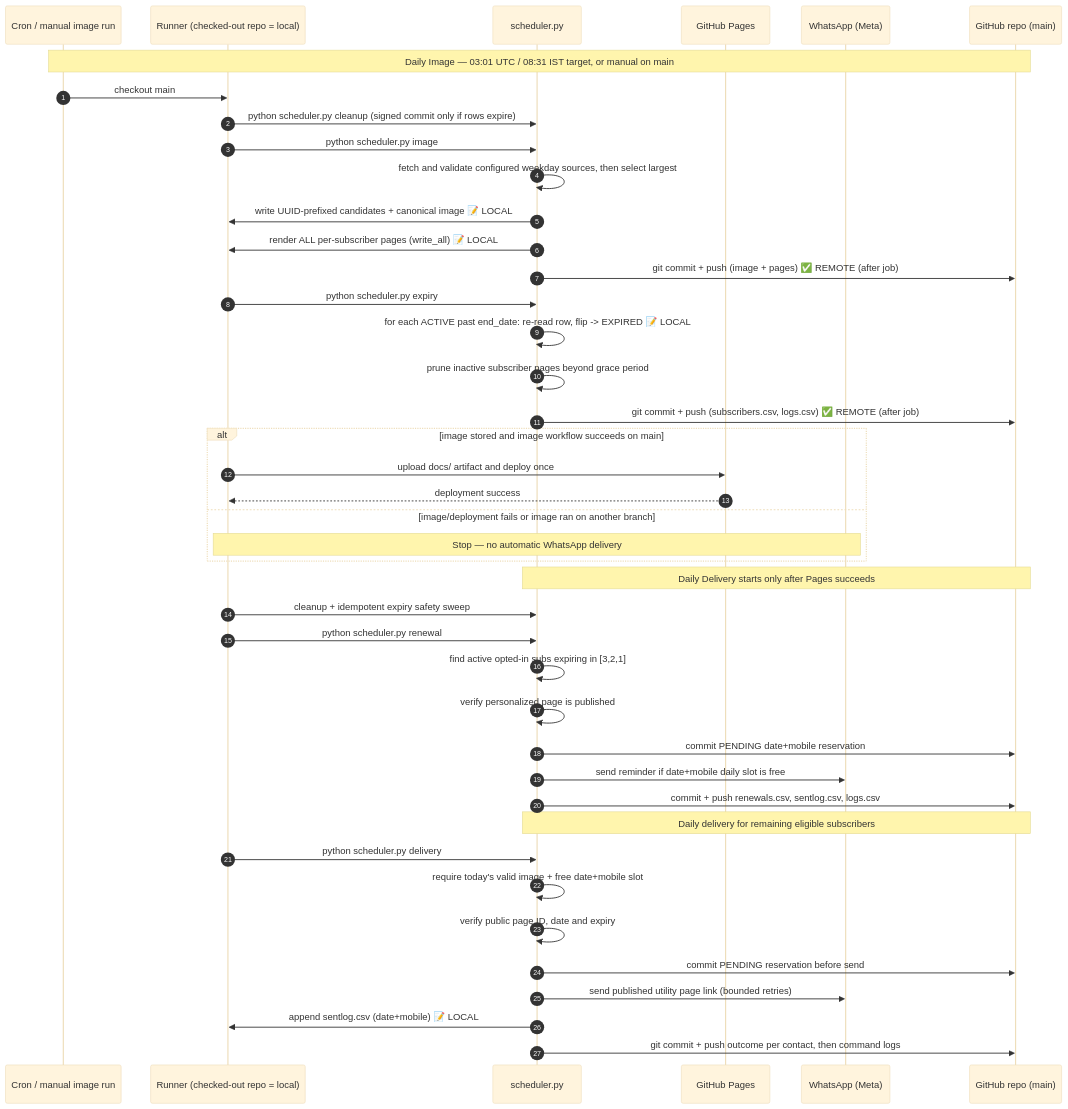
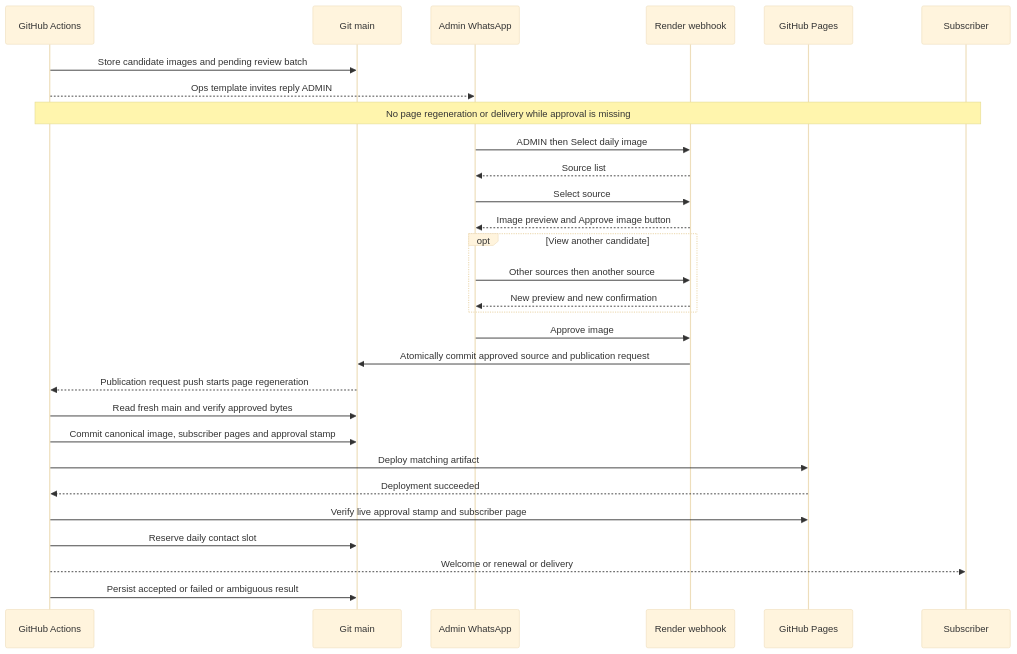
One commit to mishnit/daily-darshan changed the second of 12 diagrams in sequence-diagrams.md. Above: the diagram before and after it, drawn with Mermaid (base theme). The commit also changed other lines of this file and 27 other files, not shown here.

````diff
--- a/sequence-diagrams.md
+++ b/sequence-diagrams.md
@@ -88,48 +88,31 @@
 ```mermaid
 sequenceDiagram
-    autonumber
-    participant Trigger as Cron / manual image run
-    participant Runner as Runner (checked-out repo = local)
-    participant Sched as scheduler.py
+    participant Runner as GitHub Actions
+    participant Repo as Git main
+    participant Admin as Admin WhatsApp
+    participant Web as Render webhook
     participant Pages as GitHub Pages
-    participant WA as WhatsApp (Meta)
-    participant Repo as GitHub repo (main)
-
-    Note over Trigger,Repo: Daily Image — 03:01 UTC / 08:31 IST target, or manual on main
-    Trigger->>Runner: checkout main
-    Runner->>Sched: python scheduler.py cleanup (signed commit only if rows expire)
-    Runner->>Sched: python scheduler.py image
-    Sched->>Sched: fetch and validate configured weekday sources, then select largest
-    Sched->>Runner: write UUID-prefixed candidates + canonical image  📝 LOCAL
-    Sched->>Runner: render ALL per-subscriber pages (write_all)  📝 LOCAL
-    Sched->>Repo: git commit + push (image + pages)  ✅ REMOTE (after job)
-    Runner->>Sched: python scheduler.py expiry
-    Sched->>Sched: for each ACTIVE past end_date: re-read row, flip -> EXPIRED  📝 LOCAL
-    Sched->>Sched: prune inactive subscriber pages beyond grace period
-    Sched->>Repo: git commit + push (subscribers.csv, logs.csv)  ✅ REMOTE (after job)
-
-    alt image stored and image workflow succeeds on main
-        Runner->>Pages: upload docs/ artifact and deploy once
-        Pages-->>Runner: deployment success
-    else image/deployment fails or image ran on another branch
-        Note over Runner,WA: Stop — no automatic WhatsApp delivery
+    participant User as Subscriber
+    Runner->>Repo: Store candidate images and pending review batch
+    Runner-->>Admin: Ops template invites reply ADMIN
+    Note over Runner,User: No page regeneration or delivery while approval is missing
+    Admin->>Web: ADMIN then Select daily image
+    Web-->>Admin: Source list
+    Admin->>Web: Select source
+    Web-->>Admin: Image preview and Approve image button
+    opt View another candidate
+        Admin->>Web: Other sources then another source
+        Web-->>Admin: New preview and new confirmation
     end
-
-    Note over Sched,Repo: Daily Delivery starts only after Pages succeeds
-    Runner->>Sched: cleanup + idempotent expiry safety sweep
-    Runner->>Sched: python scheduler.py renewal
-    Sched->>Sched: find active opted-in subs expiring in [3,2,1]
-    Sched->>Sched: verify personalized page is published
-    Sched->>Repo: commit PENDING date+mobile reservation
-    Sched->>WA: send reminder if date+mobile daily slot is free
-    Sched->>Repo: commit + push renewals.csv, sentlog.csv, logs.csv
-
-    Note over Sched,Repo: Daily delivery for remaining eligible subscribers
-    Runner->>Sched: python scheduler.py delivery
-    Sched->>Sched: require today's valid image + free date+mobile slot
-    Sched->>Sched: verify public page ID, date and expiry
-    Sched->>Repo: commit PENDING reservation before send
-    Sched->>WA: send published utility page link (bounded retries)
-    Sched->>Runner: append sentlog.csv (date+mobile)  📝 LOCAL
-    Sched->>Repo: git commit + push outcome per contact, then command logs
+    Admin->>Web: Approve image
+    Web->>Repo: Atomically commit approved source and publication request
+    Repo-->>Runner: Publication request push starts page regeneration
+    Runner->>Repo: Read fresh main and verify approved bytes
+    Runner->>Repo: Commit canonical image, subscriber pages and approval stamp
+    Runner->>Pages: Deploy matching artifact
+    Pages-->>Runner: Deployment succeeded
+    Runner->>Pages: Verify live approval stamp and subscriber page
+    Runner->>Repo: Reserve daily contact slot
+    Runner-->>User: Welcome or renewal or delivery
+    Runner->>Repo: Persist accepted or failed or ambiguous result
 ```
````
